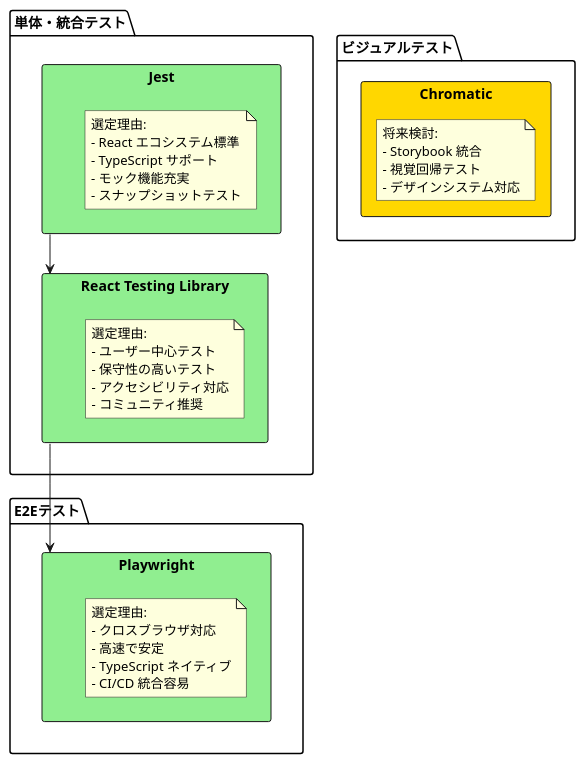
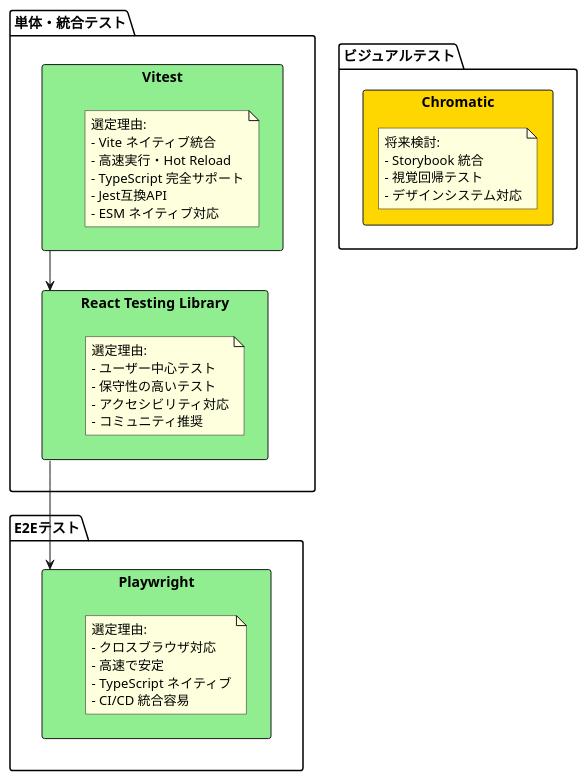
Before and after one commit to k2works/case-study-game-dev: the fourth of 14 diagrams in docs/requirements/技術スタック.md, drawn with PlantUML. The commit also changed other lines of this file and 4 other files, not shown here.

First line of the commit message:
docs: テストライブラリをVitest + React Testing Libraryに変更

````diff
--- a/docs/requirements/技術スタック.md
+++ b/docs/requirements/技術スタック.md
@@ -170,51 +170,52 @@
 ```plantuml
 @startuml "テスト技術選定"
 package "単体・統合テスト" {
-  rectangle "Jest" #90EE90 {
-    note as jest
+  rectangle "Vitest" #90EE90 {
+    note as vitest
       選定理由:
-      - React エコシステム標準
-      - TypeScript サポート
-      - モック機能充実
-      - スナップショットテスト
+      - Vite ネイティブ統合
+      - 高速実行・Hot Reload
+      - TypeScript 完全サポート
+      - Jest互換API
+      - ESM ネイティブ対応
     end note
   }
   
   rectangle "React Testing Library" #90EE90 {
     note as rtl
       選定理由:
       - ユーザー中心テスト
       - 保守性の高いテスト
       - アクセシビリティ対応
       - コミュニティ推奨
     end note
   }
 }
 
 package "E2Eテスト" {
   rectangle "Playwright" #90EE90 {
     note as playwright
       選定理由:
       - クロスブラウザ対応
       - 高速で安定
       - TypeScript ネイティブ
       - CI/CD 統合容易
     end note
   }
 }
 
 package "ビジュアルテスト" {
   rectangle "Chromatic" #FFD700 {
     note as chromatic
       将来検討:
       - Storybook 統合
       - 視覚回帰テスト
       - デザインシステム対応
     end note
   }
 }
 
-Jest --> "React Testing Library"
+Vitest --> "React Testing Library"
 "React Testing Library" --> Playwright
 @enduml
 ```
````
